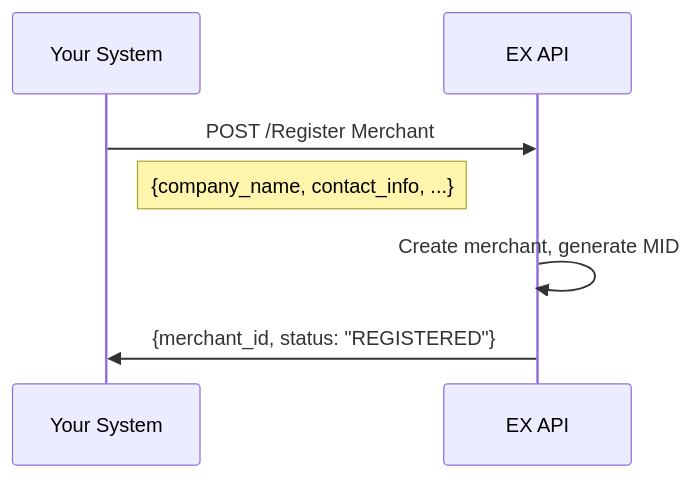
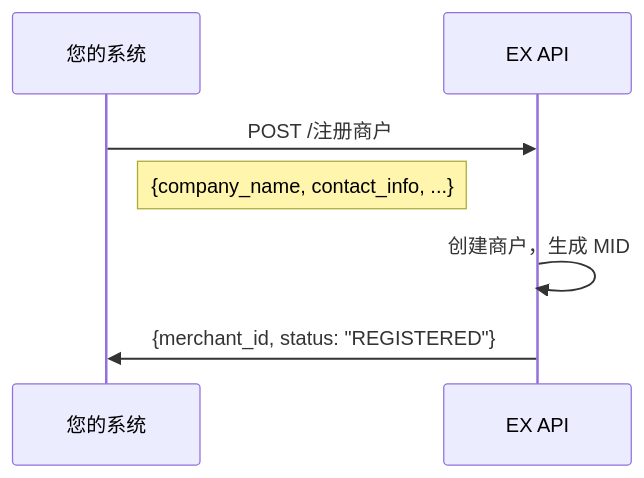
One commit to xiaoxiaoangie/EX-NEW changed the second of 16 diagrams in Solutions/solutions/crypto-solutions-cn.md. Above: the diagram before and after it, drawn with Mermaid. The commit also changed other lines of this file and 36 other files, not shown here.

````diff
--- a/Solutions/solutions/crypto-solutions-cn.md
+++ b/Solutions/solutions/crypto-solutions-cn.md
@@ -163,10 +163,10 @@
 ```mermaid
 sequenceDiagram
-    participant You as Your System
+    participant You as 您的系统
     participant EX as EX API
 
-    You->>EX: POST /Register Merchant
+    You->>EX: POST /注册商户
     Note right of You: {company_name, contact_info, ...}
-    EX->>EX: Create merchant, generate MID
+    EX->>EX: 创建商户，生成 MID
     EX->>You: {merchant_id, status: "REGISTERED"}
 ```
````
